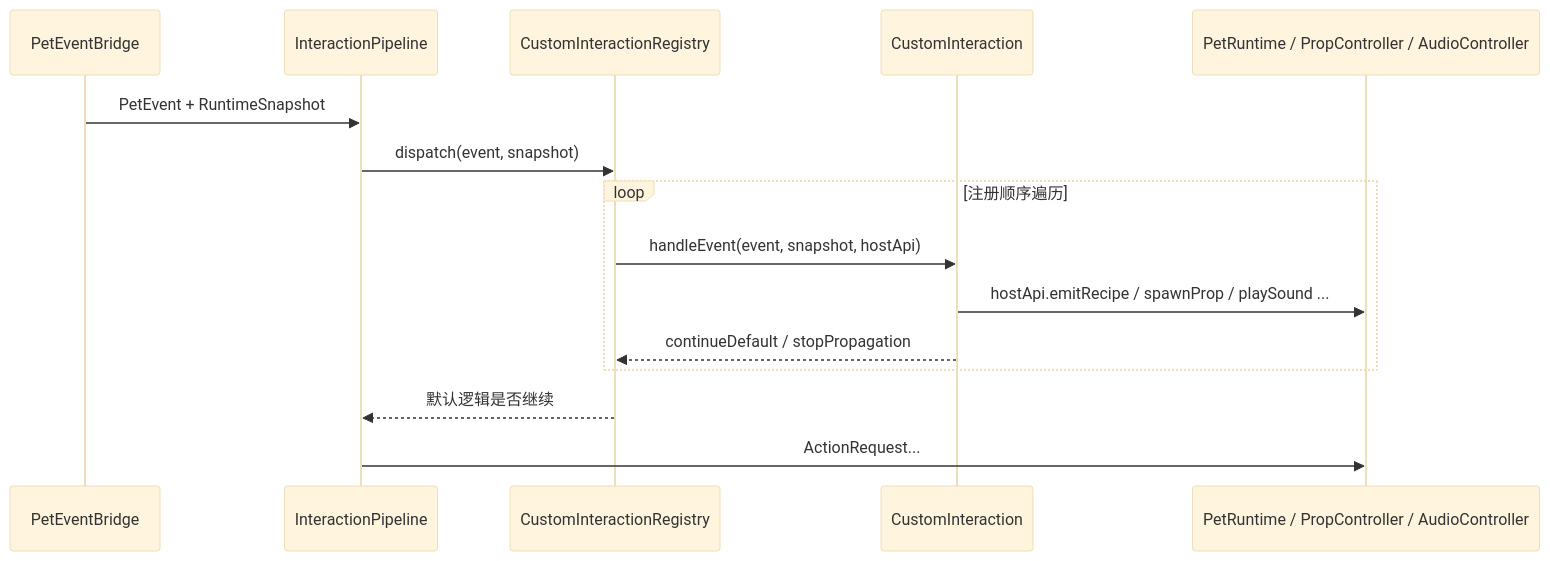
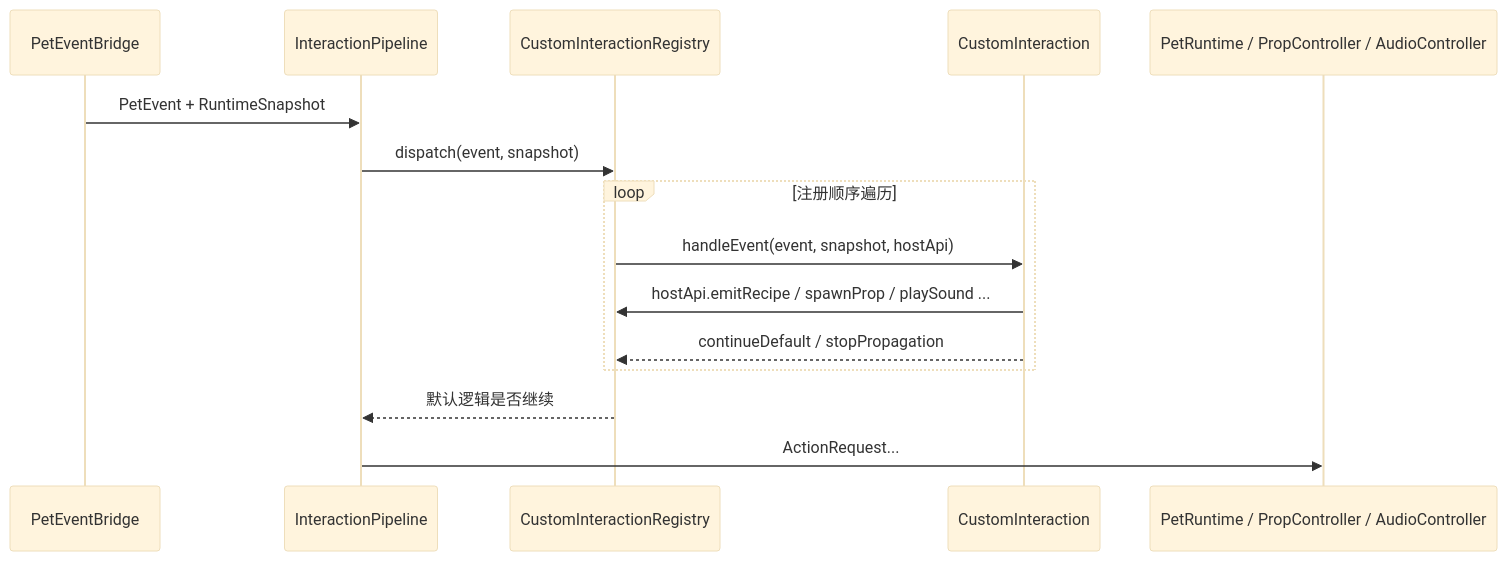
Before and after one commit to tiantian180/MilesEdgeworth: the fourth of 4 diagrams in docs/v2/设计方案/皮肤包播放行为设计.md, drawn with Mermaid (base theme). The commit also changed other lines of this file and 17 other files, not shown here.

Commit message:
refactor: add custom interaction host api

````diff
--- a/docs/v2/设计方案/皮肤包播放行为设计.md
+++ b/docs/v2/设计方案/皮肤包播放行为设计.md
@@ -407,18 +407,18 @@
 ```mermaid
 sequenceDiagram
     participant Bridge as PetEventBridge
     participant Pipeline as InteractionPipeline
     participant Registry as CustomInteractionRegistry
     participant CI as CustomInteraction
     participant Runtime as PetRuntime / PropController / AudioController
 
     Bridge->>Pipeline: PetEvent + RuntimeSnapshot
     Pipeline->>Registry: dispatch(event, snapshot)
     loop 注册顺序遍历
         Registry->>CI: handleEvent(event, snapshot, hostApi)
-        CI->>Runtime: hostApi.emitRecipe / spawnProp / playSound ...
+        CI->>Registry: hostApi.emitRecipe / spawnProp / playSound ...
         CI-->>Registry: continueDefault / stopPropagation
     end
     Registry-->>Pipeline: 默认逻辑是否继续
     Pipeline->>Runtime: ActionRequest...
 ```
````
